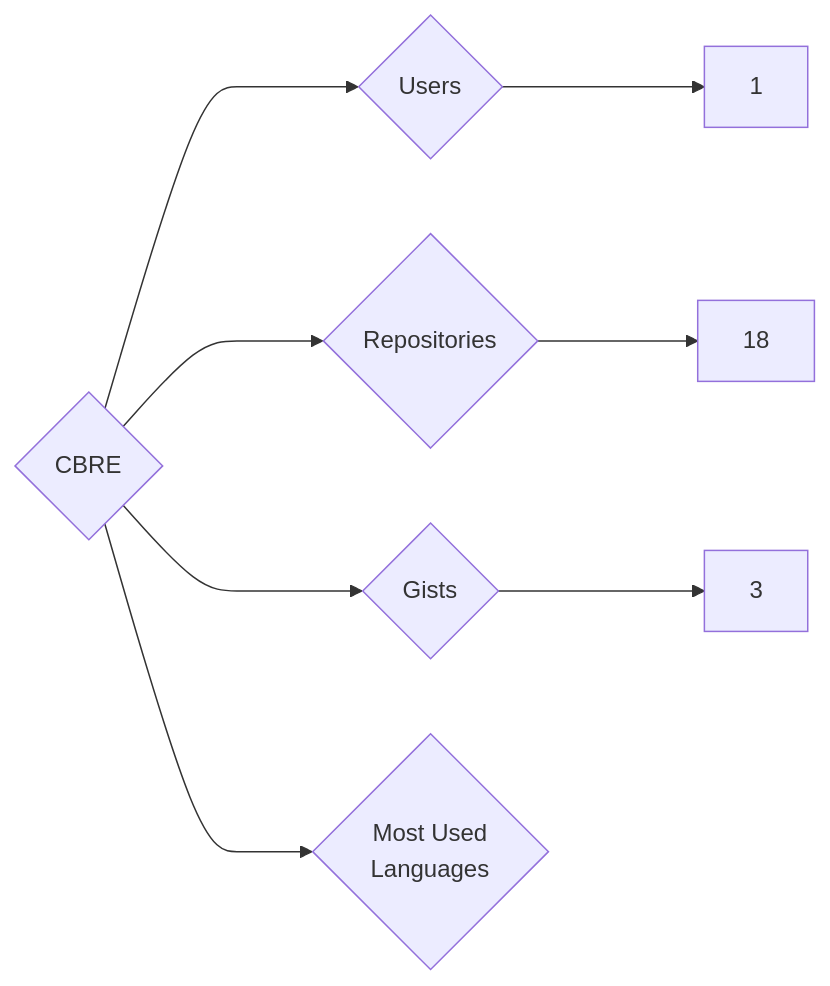
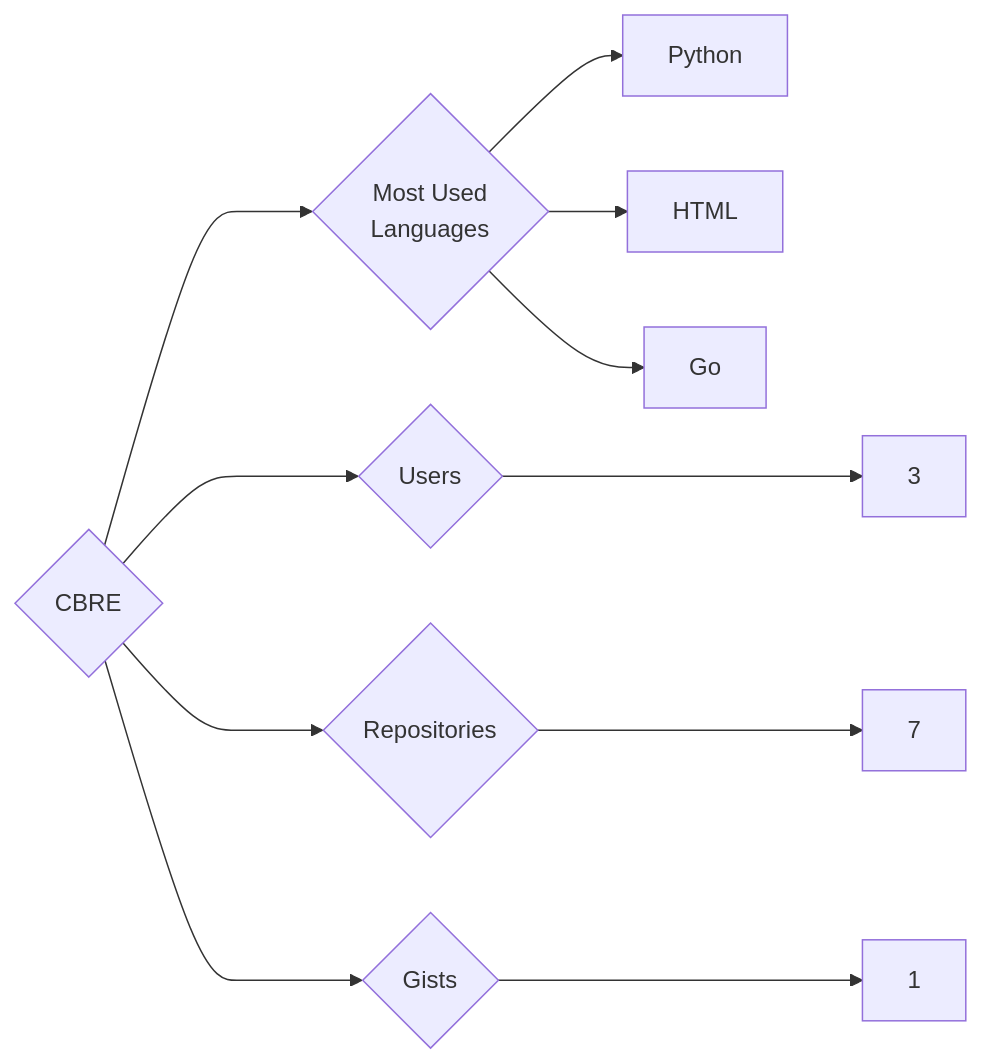
Before and after one commit to trickest/insiders: the diagram in targets/CBRE/README.md, drawn with Mermaid. The commit also changed 1020 other files, not shown here.

````diff
--- a/targets/CBRE/README.md
+++ b/targets/CBRE/README.md
@@ -3,8 +3,11 @@
 ```mermaid
 graph LR
 COMPANY_NAME{CBRE}
-COMPANY_NAME ---> U{Users} ---> UN[1]
-COMPANY_NAME ---> R{Repositories} ---> RN[18]
-COMPANY_NAME ---> G{Gists} ---> GN[3]
+COMPANY_NAME ---> U{Users} ---> UN[3]
+COMPANY_NAME ---> R{Repositories} ---> RN[7]
+COMPANY_NAME ---> G{Gists} ---> GN[1]
 COMPANY_NAME ---> ML{Most Used<br>Languages}
+ML --> Python[Python]
+ML --> HTML[HTML]
+ML --> Go[Go]
 ```
````
